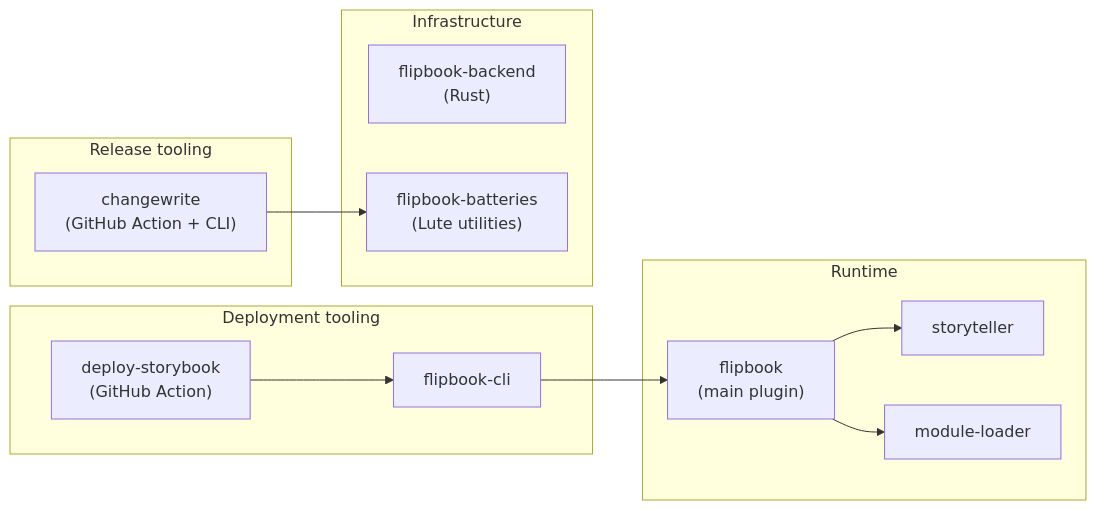
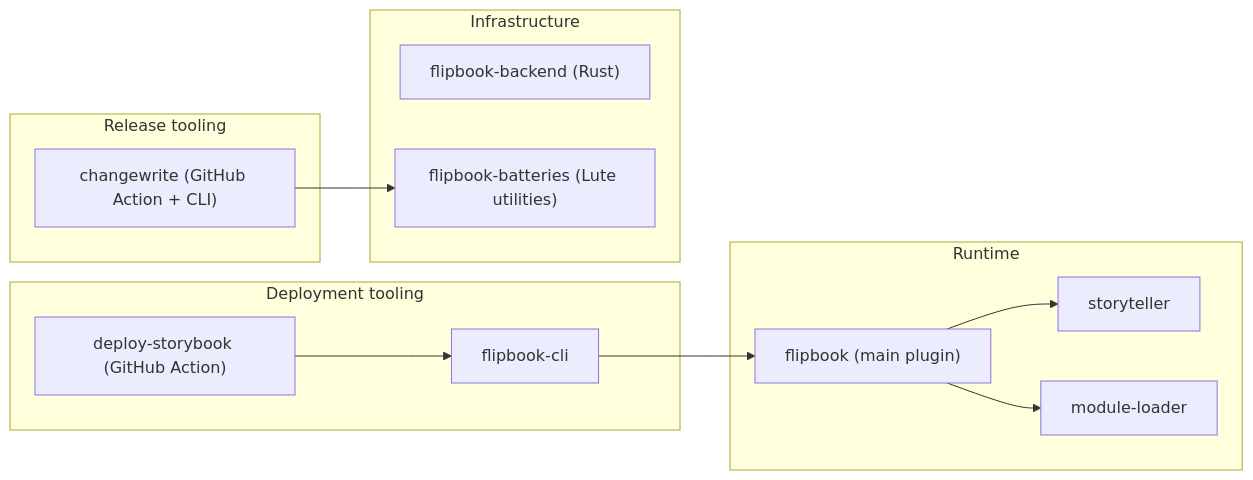
One commit to flipbook-labs/flipbook changed the diagram in docs/obsidian-vault/engineering/ecosystem.md. Above: the diagram before and after it, drawn with Mermaid. The commit also changed other lines of this file and 15 other files, not shown here.

````diff
--- a/docs/obsidian-vault/engineering/ecosystem.md
+++ b/docs/obsidian-vault/engineering/ecosystem.md
@@ -10,28 +10,28 @@
 ```mermaid
 graph LR
     subgraph runtime["Runtime"]
-        flipbook["flipbook\n(main plugin)"]
+        flipbook["flipbook (main plugin)"]
         storyteller["storyteller"]
         module-loader["module-loader"]
     end
 
     subgraph deployment["Deployment tooling"]
         flipbook-cli["flipbook-cli"]
-        deploy-storybook["deploy-storybook\n(GitHub Action)"]
+        deploy-storybook["deploy-storybook (GitHub Action)"]
     end
 
     subgraph release["Release tooling"]
-        changewrite["changewrite\n(GitHub Action + CLI)"]
+        changewrite["changewrite (GitHub Action + CLI)"]
     end
 
     subgraph infra["Infrastructure"]
-        flipbook-backend["flipbook-backend\n(Rust)"]
-        flipbook-batteries["flipbook-batteries\n(Lute utilities)"]
+        flipbook-backend["flipbook-backend (Rust)"]
+        flipbook-batteries["flipbook-batteries (Lute utilities)"]
     end
 
     flipbook --> storyteller
     flipbook --> module-loader
     flipbook-cli --> flipbook
     deploy-storybook --> flipbook-cli
     changewrite --> flipbook-batteries
 ```
````
